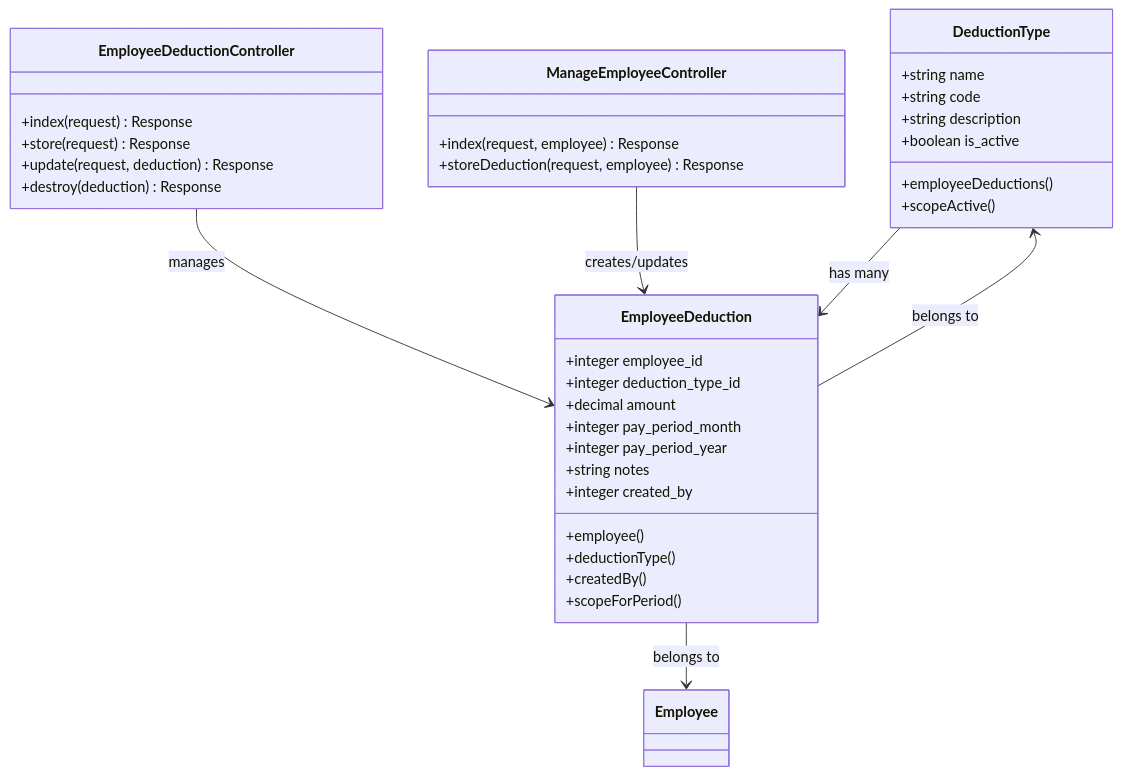
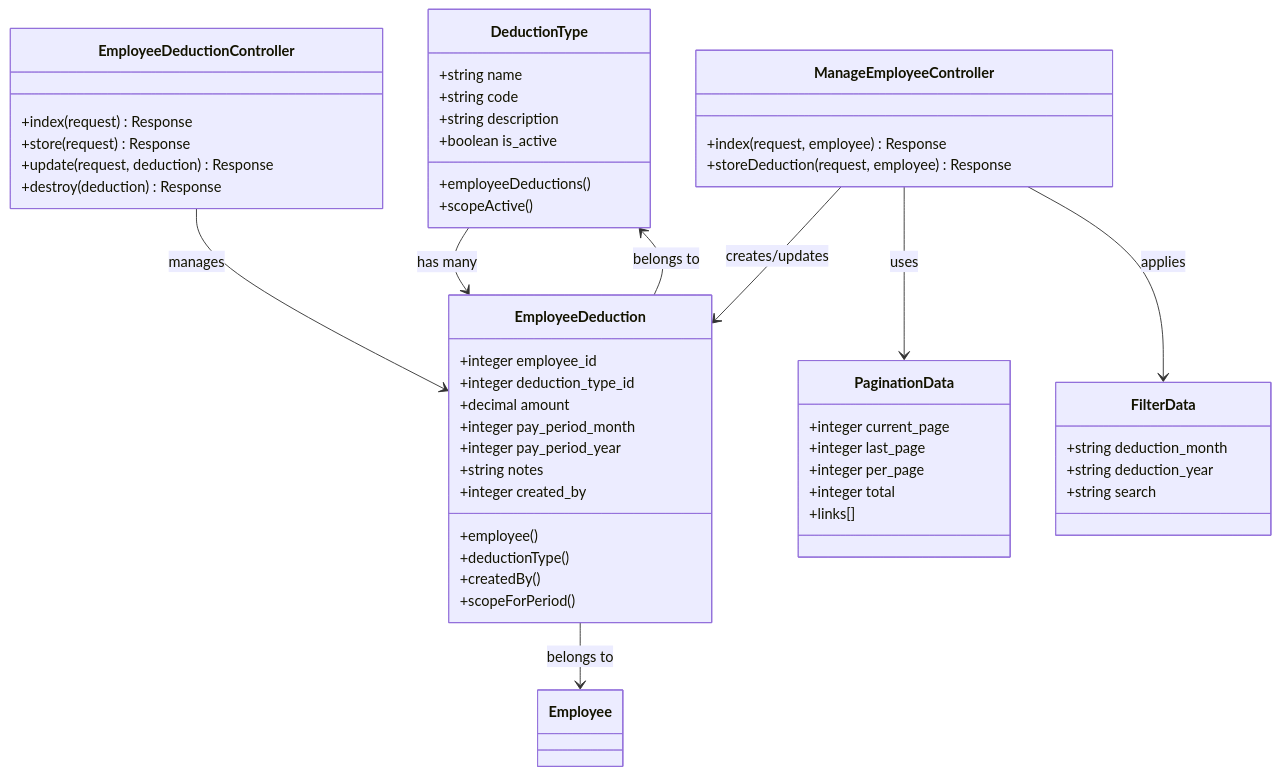
One commit to vincet0t15/template changed the sixth of 14 diagrams in .qoder/repowiki/en/content/Employee Management/Employee Compensation Management.md. Above: the diagram before and after it, drawn with Mermaid. The commit also changed other lines of this file and 3 other files, not shown here.

````diff
--- a/.qoder/repowiki/en/content/Employee Management/Employee Compensation Management.md
+++ b/.qoder/repowiki/en/content/Employee Management/Employee Compensation Management.md
@@ -351,39 +373,53 @@
 ```mermaid
 classDiagram
 class DeductionType {
 +string name
 +string code
 +string description
 +boolean is_active
 +employeeDeductions()
 +scopeActive()
 }
 class EmployeeDeduction {
 +integer employee_id
 +integer deduction_type_id
 +decimal amount
 +integer pay_period_month
 +integer pay_period_year
 +string notes
 +integer created_by
 +employee()
 +deductionType()
 +createdBy()
 +scopeForPeriod()
 }
 class EmployeeDeductionController {
 +index(request) Response
 +store(request) Response
 +update(request, deduction) Response
 +destroy(deduction) Response
 }
 class ManageEmployeeController {
 +index(request, employee) Response
 +storeDeduction(request, employee) Response
 }
+class PaginationData {
++integer current_page
++integer last_page
++integer per_page
++integer total
++links[]
+}
+class FilterData {
++string deduction_month
++string deduction_year
++string search
+}
 EmployeeDeductionController --> EmployeeDeduction : manages
 EmployeeDeduction --> DeductionType : belongs to
 EmployeeDeduction --> Employee : belongs to
 ManageEmployeeController --> EmployeeDeduction : creates/updates
 DeductionType --> EmployeeDeduction : has many
+ManageEmployeeController --> PaginationData : uses
+ManageEmployeeController --> FilterData : applies
 ```
````
